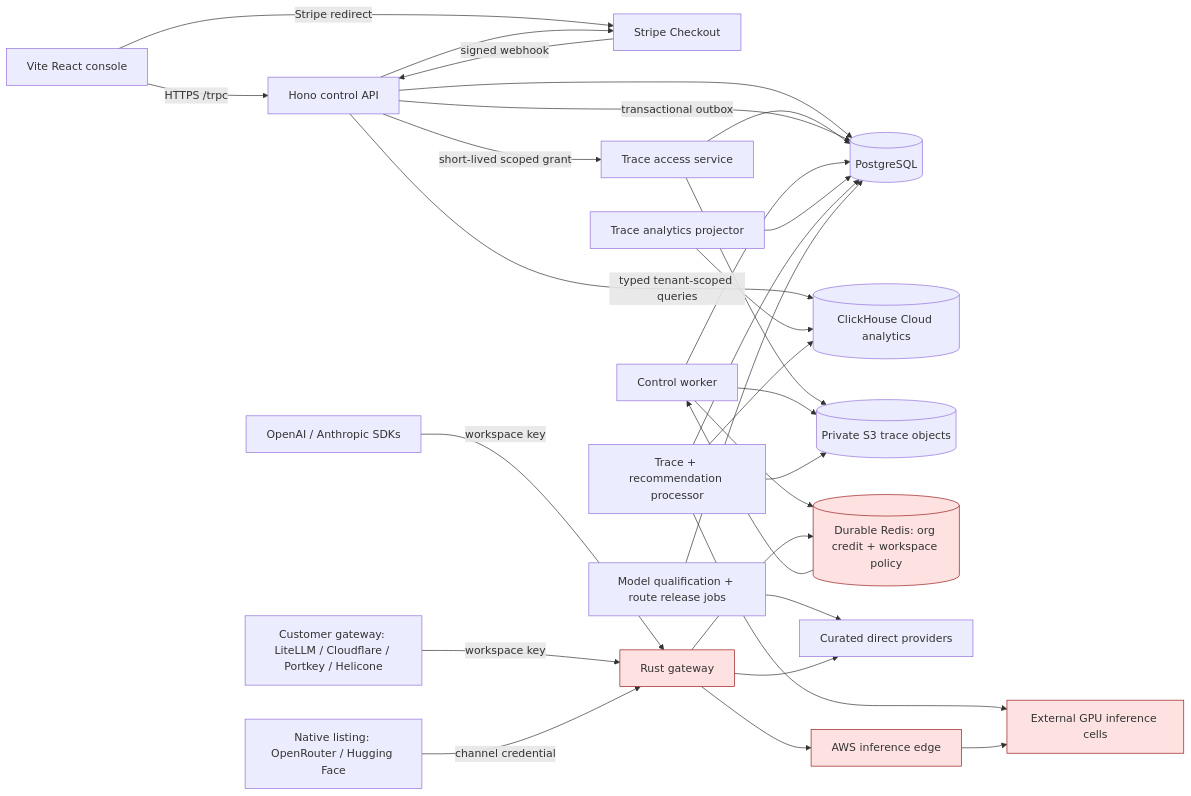
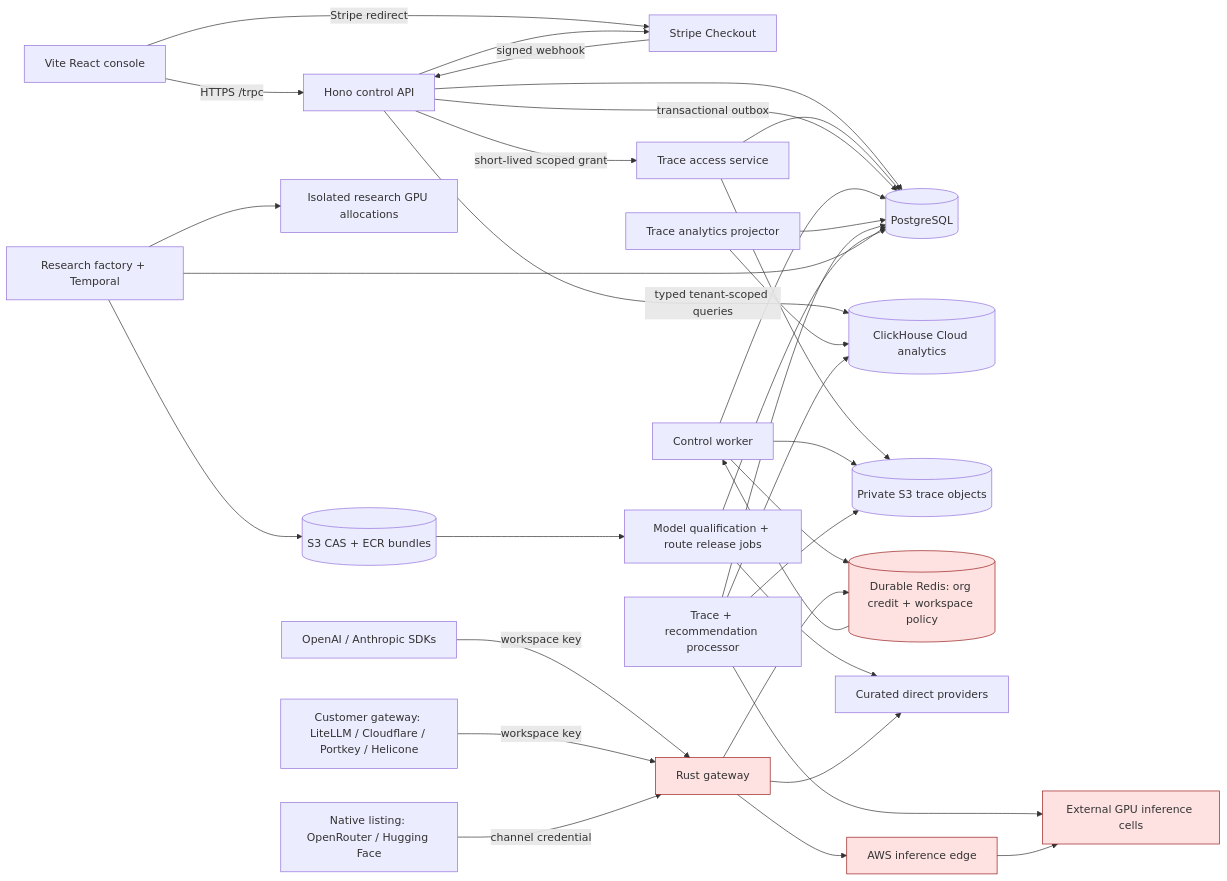
The first of 2 diagrams in product/docs/ARCHITECTURE.md (Gradiated/gradiated), drawn with Mermaid before and after one commit. The commit also changed other lines of this file and 10 other files, not shown here.

Commit message:
docs: design model research factory lifecycle

````diff
--- a/product/docs/ARCHITECTURE.md
+++ b/product/docs/ARCHITECTURE.md
@@ -5,36 +5,40 @@
 ```mermaid
 flowchart LR
   Browser[Vite React console] -->|HTTPS /trpc| API[Hono control API]
   Browser -->|Stripe redirect| Stripe[Stripe Checkout]
   API --> PG[(PostgreSQL)]
   API -->|typed tenant-scoped queries| CH[(ClickHouse Cloud analytics)]
   API -->|short-lived scoped grant| TraceAccess[Trace access service]
   TraceAccess --> Traces[(Private S3 trace objects)]
   TraceAccess --> PG
   API --> Stripe
   Stripe -->|signed webhook| API
   API -->|transactional outbox| PG
   Worker[Control worker] --> PG
   Worker --> Redis[(Durable Redis: org credit + workspace policy)]
   Redis --> Worker
   Worker --> Traces
   Projector[Trace analytics projector] --> PG
   Projector --> CH
   TraceProcessor[Trace + recommendation processor] --> Traces
   TraceProcessor --> CH
   TraceProcessor --> PG
   TraceProcessor --> Owned[Owned inference evaluation]
   ModelOps[Model qualification + route release jobs] --> PG
   ModelOps --> Providers
+  Research[Research factory + Temporal] --> PG
+  Research --> Artifacts[(S3 CAS + ECR bundles)]
+  Research --> ResearchCompute[Isolated research GPU allocations]
+  Artifacts --> ModelOps
 
   Clients[OpenAI / Anthropic SDKs] -->|workspace key| Gateway[Rust gateway]
   CustomerGateway[Customer gateway: LiteLLM / Cloudflare / Portkey / Helicone] -->|workspace key| Gateway
   NativeChannel[Native listing: OpenRouter / Hugging Face] -->|channel credential| Gateway
   Gateway --> Redis
   Gateway --> Providers[Curated direct providers]
   Gateway --> Edge[AWS inference edge]
   Edge --> Owned[External GPU inference cells]
 
   classDef hot fill:#fee2e2,stroke:#991b1b;
   class Gateway,Redis,Edge,Owned hot;
 ```
````
